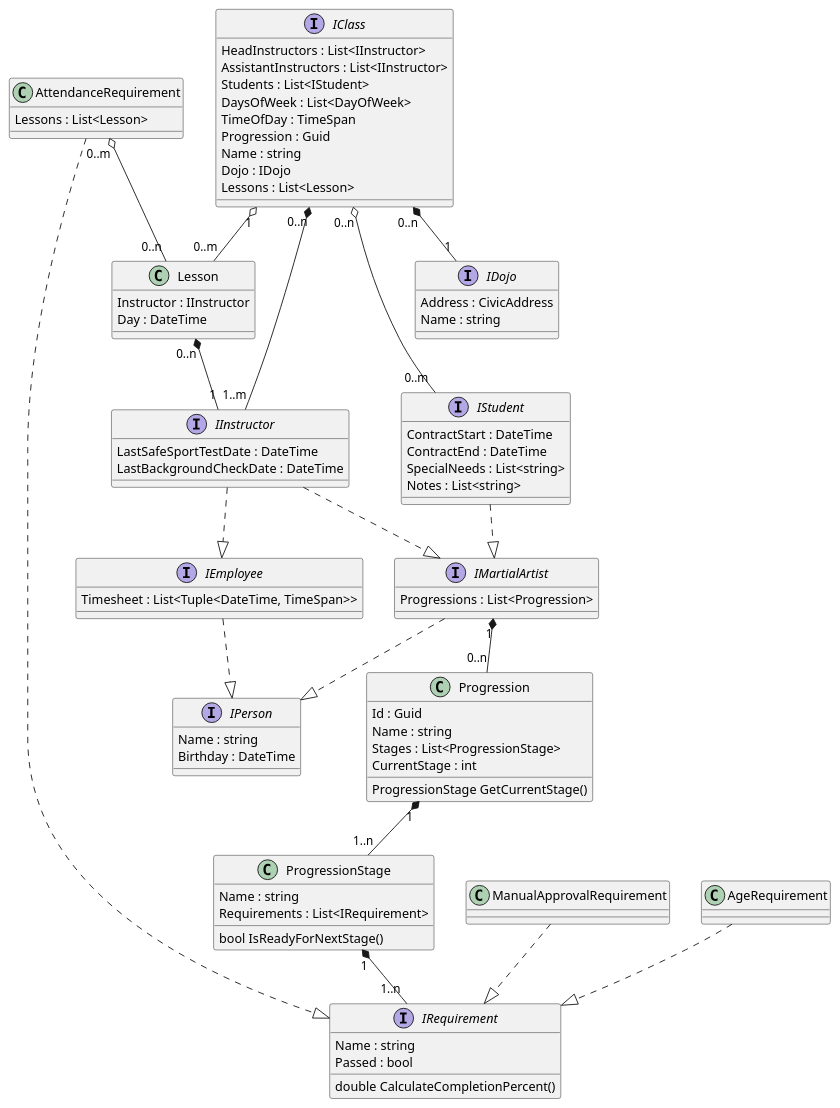
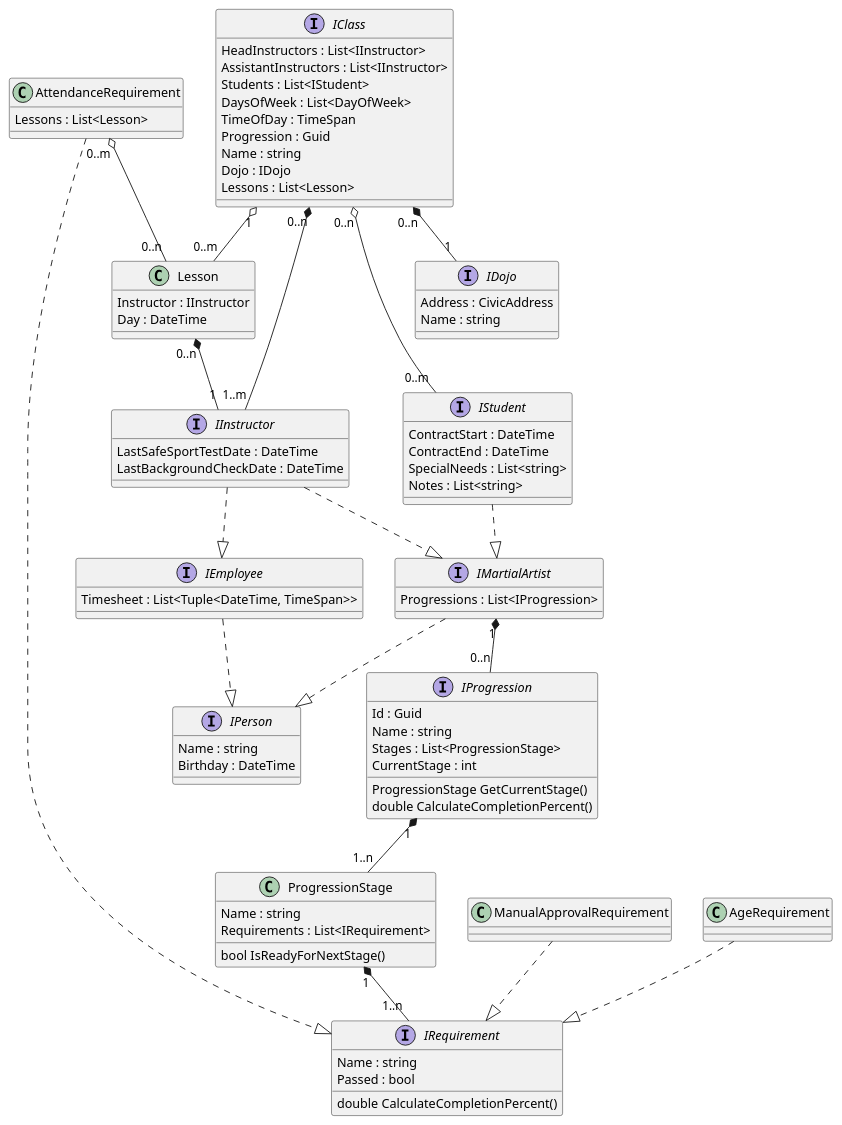
Before and after one commit to lavinrp/BmaBackstage: the diagram in Uml/BmaBackstageModel.plantuml, drawn with PlantUML.

Commit message:
#6 - Progression to IProgression

```diff
--- a/Uml/BmaBackstageModel.plantuml
+++ b/Uml/BmaBackstageModel.plantuml
@@ -1,118 +1,119 @@
 @startuml
 
 
 interface IRequirement
 {
     Name : string
     Passed : bool
     double CalculateCompletionPercent()
 }
 
 class AttendanceRequirement
 {
     Lessons : List<Lesson>
 }
 
 class ManualApprovalRequirement
 {
 }
 
 class AgeRequirement
 {
 }
 
 class ProgressionStage
 {
     Name : string
     Requirements : List<IRequirement>
     bool IsReadyForNextStage()
 }
 
-class Progression
+interface IProgression
 {
     Id : Guid
     Name : string
     Stages : List<ProgressionStage>
+    CurrentStage : int
     ProgressionStage GetCurrentStage()
-    CurrentStage : int
+    double CalculateCompletionPercent()
 }
 
 interface IPerson
 {
     Name : string
     Birthday : DateTime
 }
 
 interface IEmployee
 {
     Timesheet : List<Tuple<DateTime, TimeSpan>>
 }
 
 interface IMartialArtist
 {
-    Progressions : List<Progression>
+    Progressions : List<IProgression>
 }
 
 interface IInstructor
 {
     LastSafeSportTestDate : DateTime
     LastBackgroundCheckDate : DateTime
 }
 
 class Lesson
 {
     Instructor : IInstructor
     Day : DateTime
 }
 
 interface IStudent
 {
     ContractStart : DateTime
     ContractEnd : DateTime
     SpecialNeeds : List<string>
     Notes : List<string>
 }
 
 interface IDojo
 {
     Address : CivicAddress
     Name : string
 }
 
 interface IClass
 {
     HeadInstructors : List<IInstructor>
     AssistantInstructors : List<IInstructor>
     Students : List<IStudent>
     DaysOfWeek : List<DayOfWeek>
     TimeOfDay : TimeSpan
     Progression : Guid
     Name : string
     Dojo : IDojo
     Lessons : List<Lesson>
 }
 
 IMartialArtist ..|> IPerson
 IEmployee ..|> IPerson
 IInstructor ..|> IEmployee
 IInstructor ..|> IMartialArtist
 IStudent ..|> IMartialArtist
 
 AttendanceRequirement ..|> IRequirement
 ManualApprovalRequirement ..|> IRequirement
 AgeRequirement ..|> IRequirement
 
 ProgressionStage "1" *-- "1..n" IRequirement
-Progression "1" *-- "1..n" ProgressionStage
+IProgression "1" *-- "1..n" ProgressionStage
 AttendanceRequirement "0..m" o-- "0..n" Lesson
 
-IMartialArtist "1" *-- "0..n" Progression
+IMartialArtist "1" *-- "0..n" IProgression
 
 IClass "0..n" *-- "1..m" IInstructor
 IClass "0..n" o-- "0..m" IStudent
 IClass "0..n" *-- "1" IDojo
 IClass "1" o-- "0..m" Lesson
 
 Lesson "0..n" *-- "1" IInstructor
 
 @enduml
```
